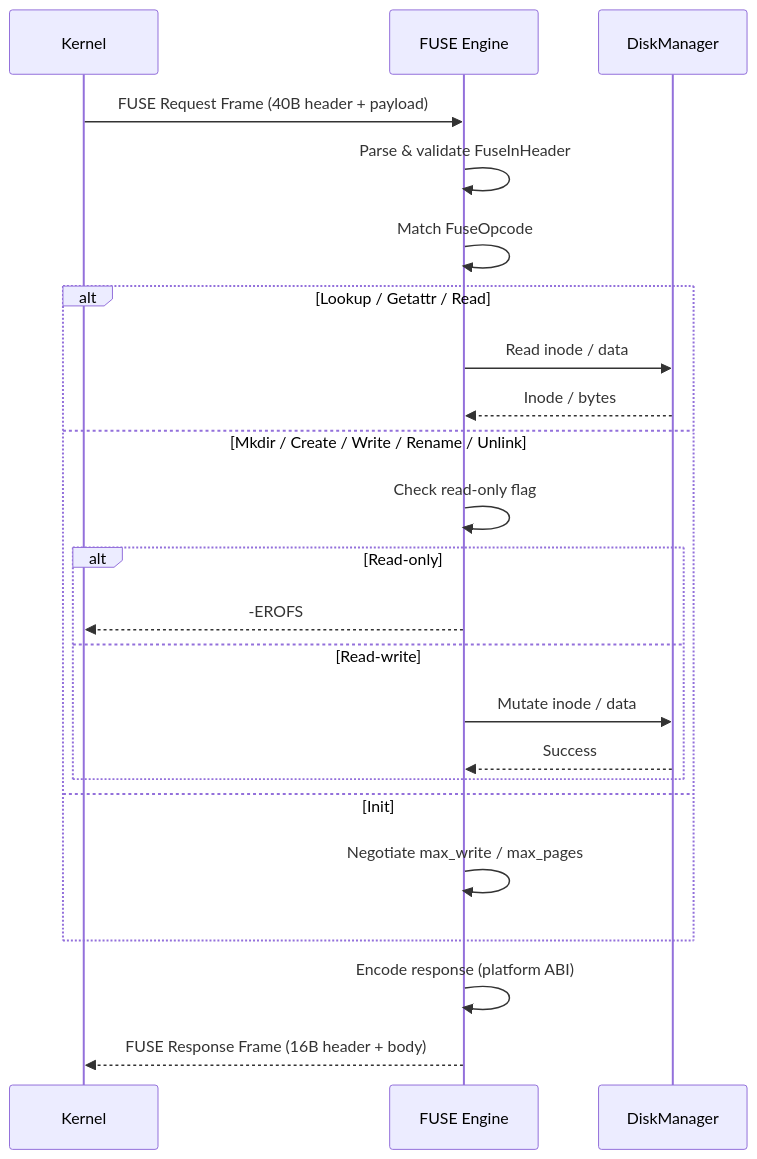
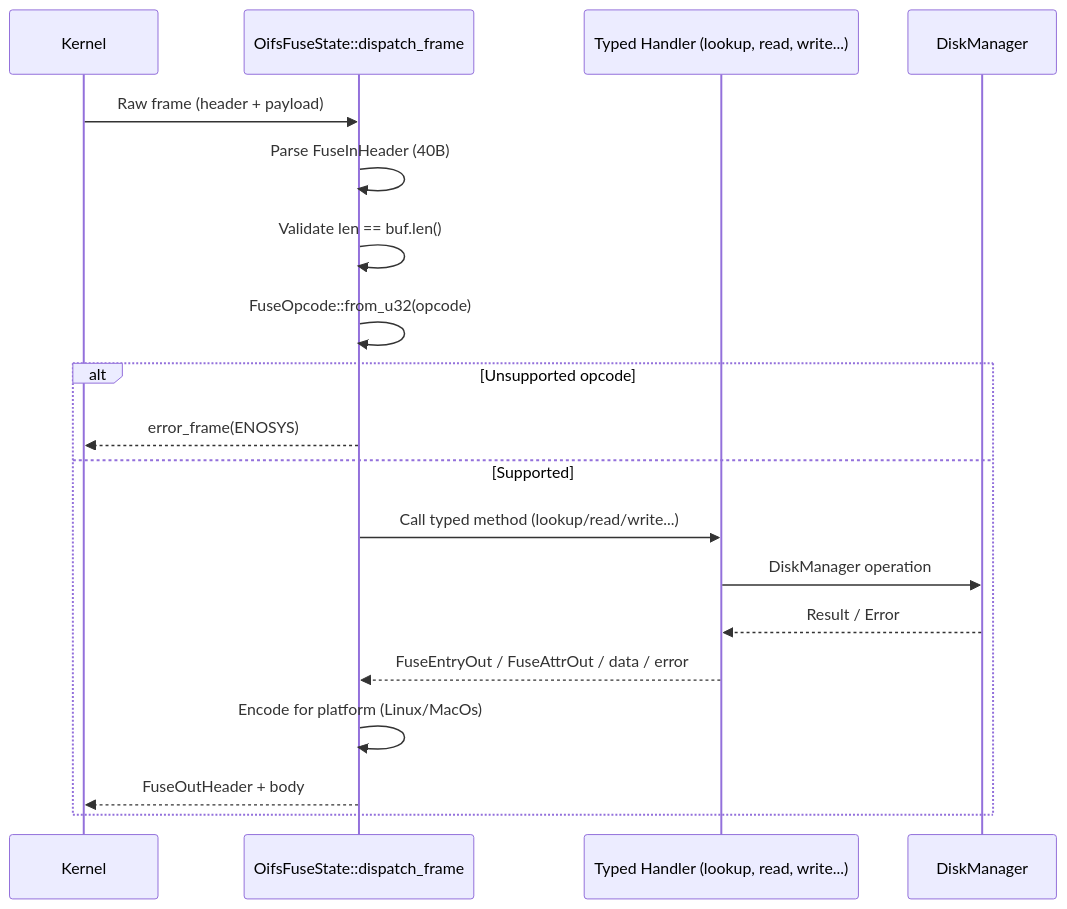
Before and after one commit to ych/oifs: the second of 3 diagrams in openwiki/architecture/fuse_engine.md, drawn with Mermaid. The commit also changed other lines of this file and 64 other files, not shown here.

````diff
--- a/openwiki/architecture/fuse_engine.md
+++ b/openwiki/architecture/fuse_engine.md
@@ -117,26 +106,22 @@
 ```mermaid
 sequenceDiagram
     participant Kernel
-    participant FUSE as FUSE Engine
+    participant Dispatcher as OifsFuseState::dispatch_frame
+    participant Handler as Typed Handler (lookup, read, write...)
     participant Disk as DiskManager
-    
-    Kernel->>FUSE: FUSE Request Frame (40B header + payload)
-    FUSE->>FUSE: Parse & validate FuseInHeader
-    FUSE->>FUSE: Match FuseOpcode
-    alt Lookup / Getattr / Read
-        FUSE->>Disk: Read inode / data
-        Disk-->>FUSE: Inode / bytes
-    else Mkdir / Create / Write / Rename / Unlink
-        FUSE->>FUSE: Check read-only flag
-        alt Read-only
-            FUSE-->>Kernel: -EROFS
-        else Read-write
-            FUSE->>Disk: Mutate inode / data
-            Disk-->>FUSE: Success
-        end
-    else Init
-        FUSE->>FUSE: Negotiate max_write / max_pages
+
+    Kernel->>Dispatcher: Raw frame (header + payload)
+    Dispatcher->>Dispatcher: Parse FuseInHeader (40B)
+    Dispatcher->>Dispatcher: Validate len == buf.len()
+    Dispatcher->>Dispatcher: FuseOpcode::from_u32(opcode)
+    alt Unsupported opcode
+        Dispatcher-->>Kernel: error_frame(ENOSYS)
+    else Supported
+        Dispatcher->>Handler: Call typed method (lookup/read/write...)
+        Handler->>Disk: DiskManager operation
+        Disk-->>Handler: Result / Error
+        Handler-->>Dispatcher: FuseEntryOut / FuseAttrOut / data / error
+        Dispatcher->>Dispatcher: Encode for platform (Linux/MacOs)
+        Dispatcher-->>Kernel: FuseOutHeader + body
     end
-    FUSE->>FUSE: Encode response (platform ABI)
-    FUSE-->>Kernel: FUSE Response Frame (16B header + body)
 ```
````
